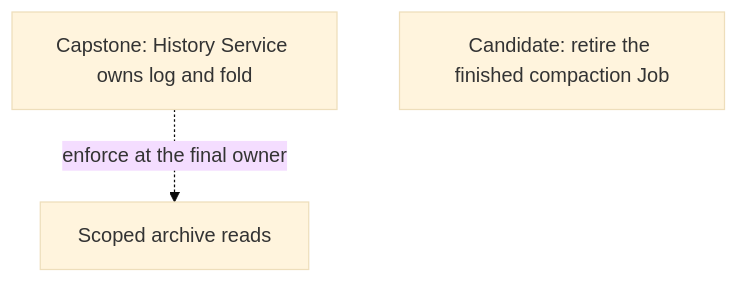
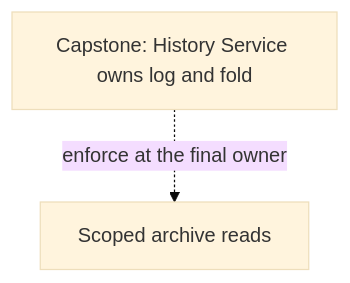
Before and after one commit to agentydragon-agent/ducktape: the eighth of 13 diagrams in agentplane/plans/task_dag.md, drawn with Mermaid (base theme). The commit also changed other lines of this file and 21 other files, not shown here.

First line of the commit message:
agentplane: delete the finished history compaction Job (#10095)

````diff
--- a/agentplane/plans/task_dag.md
+++ b/agentplane/plans/task_dag.md
@@ -526,7 +526,6 @@
 ```mermaid
 flowchart TD
     HISTORY_SERVICE_OWNERSHIP[Capstone: History Service owns log and fold]
-    HISTORY_COMPACTION_RETIRE[Candidate: retire the finished compaction Job]
     THREAD_READ_POLICY[Scoped archive reads]
     HISTORY_SERVICE_OWNERSHIP -. enforce at the final owner .-> THREAD_READ_POLICY
 ```
````
